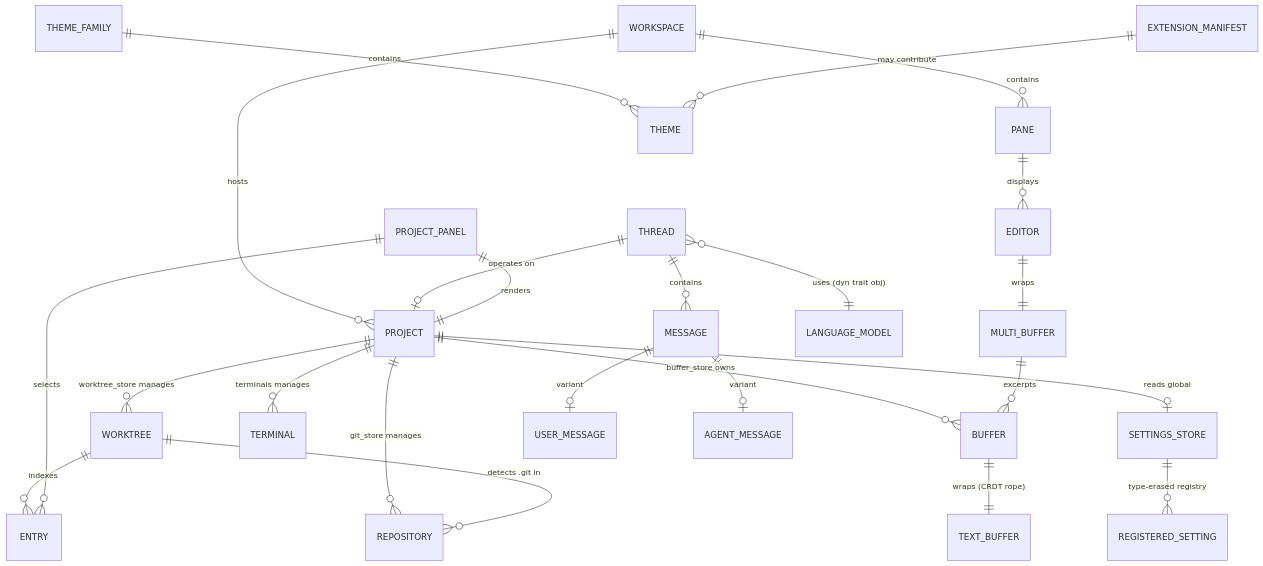
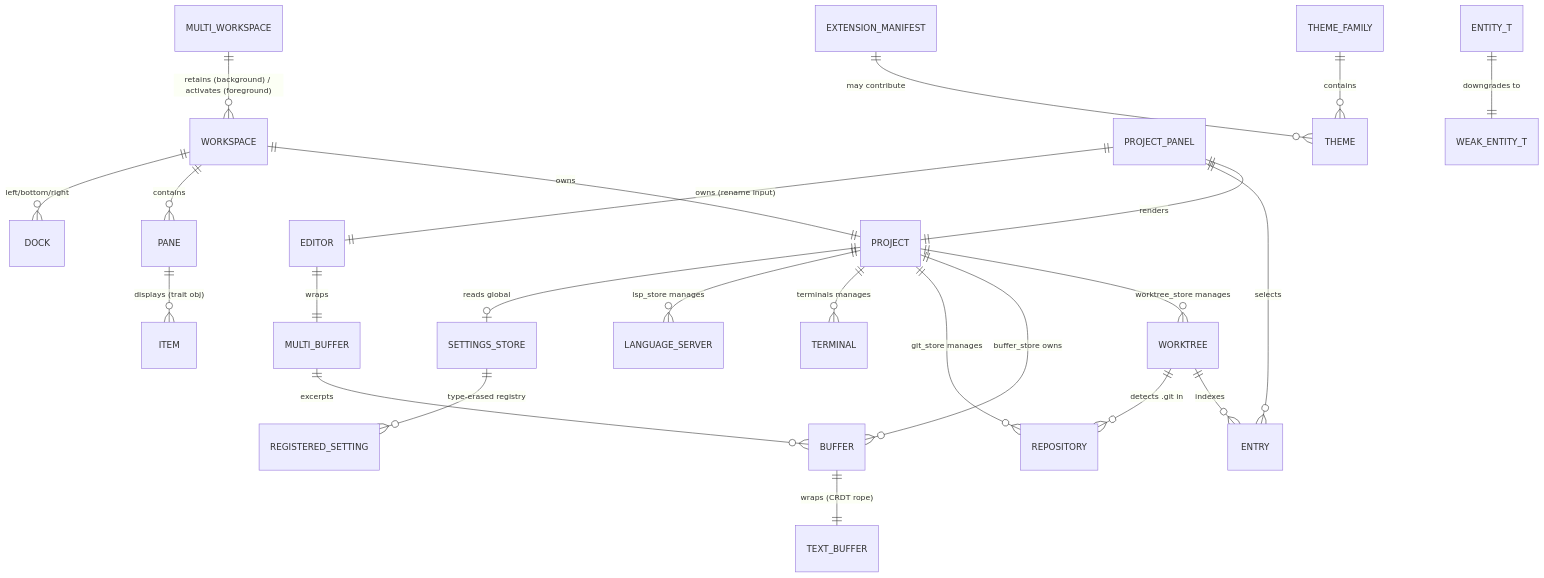
One commit to tgiap04/zode changed the diagram in plans/260726-1400-rebuild-spec/artifacts/data-model.md. Above: the diagram before and after it, drawn with Mermaid. The commit also changed other lines of this file and 133 other files, not shown here.

````diff
--- a/plans/260726-1400-rebuild-spec/artifacts/data-model.md
+++ b/plans/260726-1400-rebuild-spec/artifacts/data-model.md
@@ -16,26 +18,26 @@
 ```mermaid
 erDiagram
-    WORKSPACE ||--o{ PROJECT : hosts
+    MULTI_WORKSPACE ||--o{ WORKSPACE : "retains (background) / activates (foreground)"
+    WORKSPACE ||--|| PROJECT : owns
     WORKSPACE ||--o{ PANE : contains
-    PANE ||--o{ EDITOR : displays
+    WORKSPACE ||--o{ DOCK : "left/bottom/right"
+    PANE ||--o{ ITEM : "displays (trait obj)"
     PROJECT ||--o{ WORKTREE : "worktree_store manages"
     PROJECT ||--o{ BUFFER : "buffer_store owns"
     PROJECT ||--o{ REPOSITORY : "git_store manages"
     PROJECT ||--o{ TERMINAL : "terminals manages"
+    PROJECT ||--o{ LANGUAGE_SERVER : "lsp_store manages"
     PROJECT ||--o| SETTINGS_STORE : "reads global"
     WORKTREE ||--o{ ENTRY : indexes
     WORKTREE ||--o{ REPOSITORY : "detects .git in"
     EDITOR ||--|| MULTI_BUFFER : wraps
     MULTI_BUFFER ||--o{ BUFFER : excerpts
     BUFFER ||--|| TEXT_BUFFER : "wraps (CRDT rope)"
-    THREAD ||--o{ MESSAGE : contains
-    MESSAGE ||--o| USER_MESSAGE : "variant"
-    MESSAGE ||--o| AGENT_MESSAGE : "variant"
-    THREAD ||--o| PROJECT : "operates on"
-    THREAD }o--|| LANGUAGE_MODEL : "uses (dyn trait obj)"
-    PROJECT_PANEL ||--|| PROJECT : "renders"
-    PROJECT_PANEL ||--o{ ENTRY : "selects"
+    PROJECT_PANEL ||--|| PROJECT : renders
+    PROJECT_PANEL ||--o{ ENTRY : selects
+    PROJECT_PANEL ||--|| EDITOR : "owns (rename input)"
     THEME_FAMILY ||--o{ THEME : contains
     EXTENSION_MANIFEST ||--o{ THEME : "may contribute"
     SETTINGS_STORE ||--o{ REGISTERED_SETTING : "type-erased registry"
+    ENTITY_T ||--|| WEAK_ENTITY_T : "downgrades to"
 ```
````
